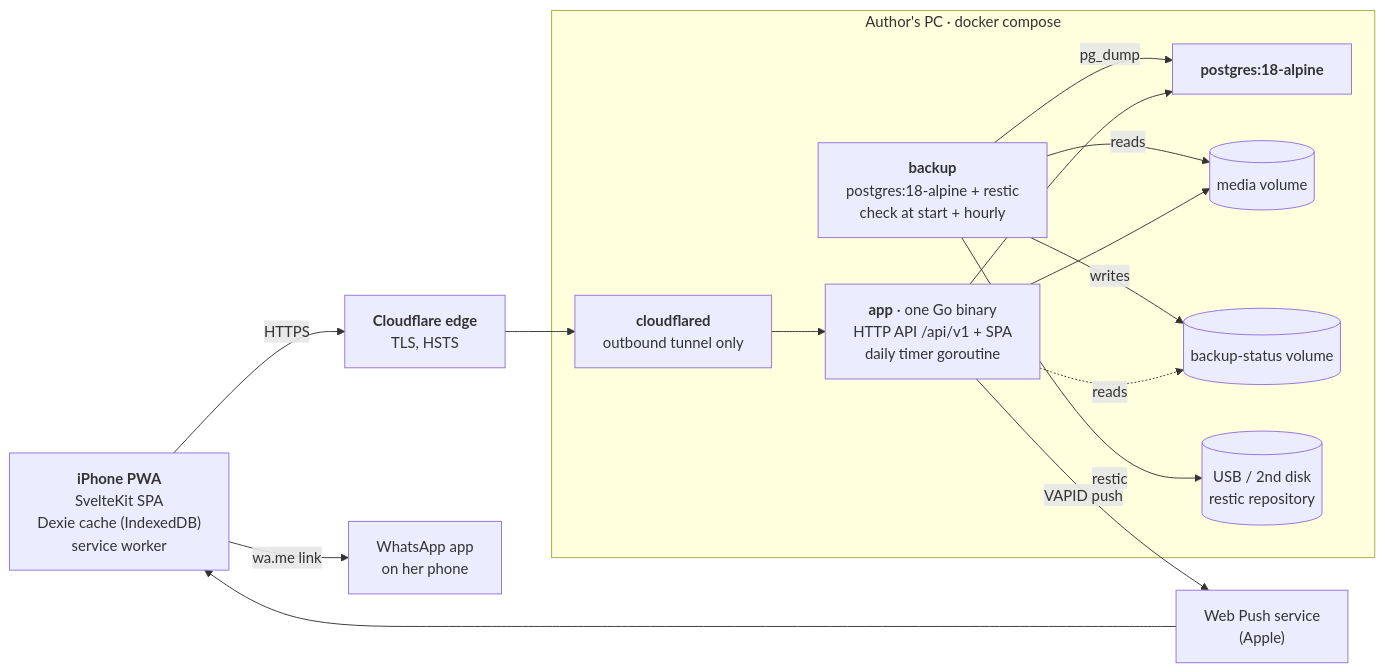
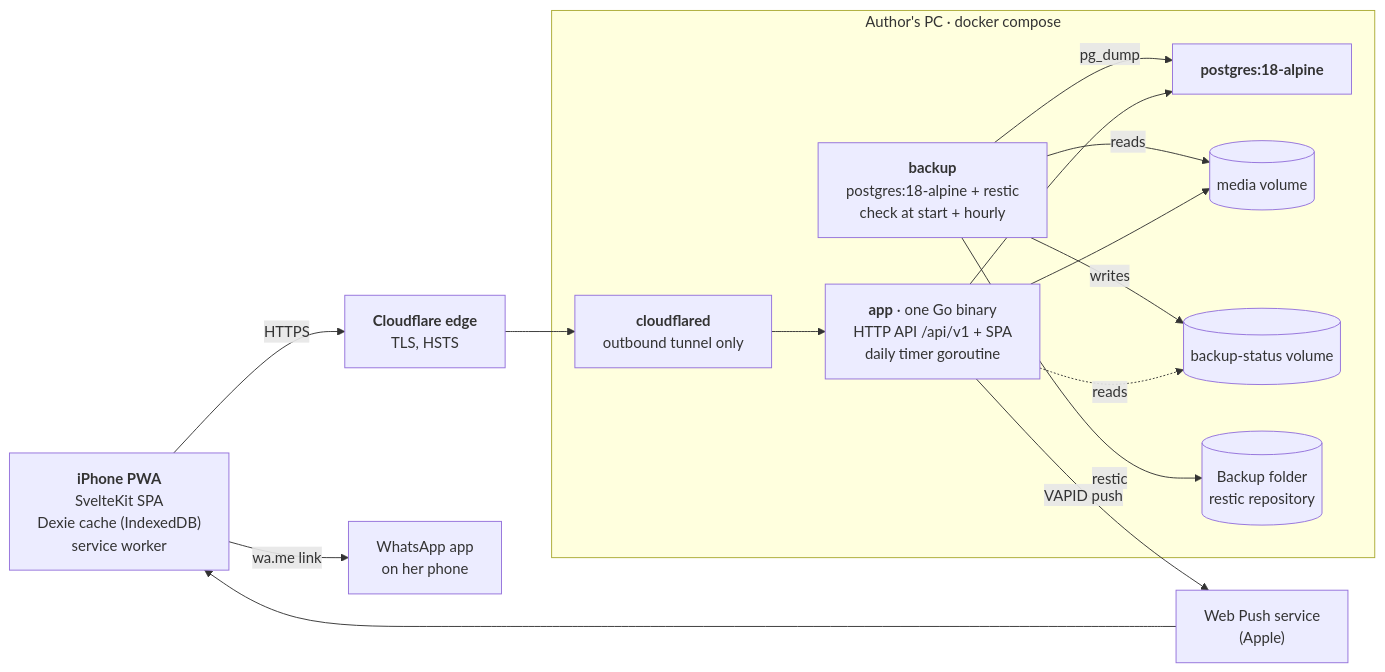
Before and after one commit to jnaranj09/open-customer: the first of 2 diagrams in docs/designs/release-1.md, drawn with Mermaid. The commit also changed other lines of this file and 2 other files, not shown here.

````diff
--- a/docs/designs/release-1.md
+++ b/docs/designs/release-1.md
@@ -247,27 +247,27 @@
 ```mermaid
 flowchart LR
   phone["<b>iPhone PWA</b><br/>SvelteKit SPA<br/>Dexie cache (IndexedDB)<br/>service worker"]
   edge["<b>Cloudflare edge</b><br/>TLS, HSTS"]
   subgraph pc["Author's PC · docker compose"]
     cfd["<b>cloudflared</b><br/>outbound tunnel only"]
     app["<b>app</b> · one Go binary<br/>HTTP API /api/v1 + SPA<br/>daily timer goroutine"]
     db["<b>postgres:18-alpine</b>"]
     bk["<b>backup</b><br/>postgres:18-alpine + restic<br/>check at start + hourly"]
     media[("media volume")]
     status[("backup-status volume")]
-    usb[("USB / 2nd disk<br/>restic repository")]
+    usb[("Backup folder<br/>restic repository")]
   end
   push["Web Push service<br/>(Apple)"]
   wa["WhatsApp app<br/>on her phone"]
 
   phone -- HTTPS --> edge --> cfd --> app
   app --> db
   app --> media
   app -. reads .-> status
   app -- VAPID push --> push --> phone
   bk -- pg_dump --> db
   bk -- reads --> media
   bk -- writes --> status
   bk -- restic --> usb
   phone -- "wa.me link" --> wa
 ```
````
